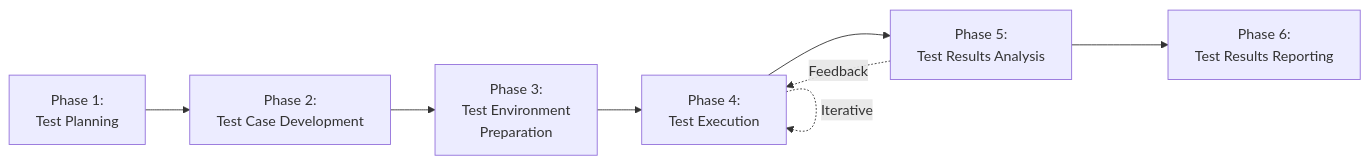
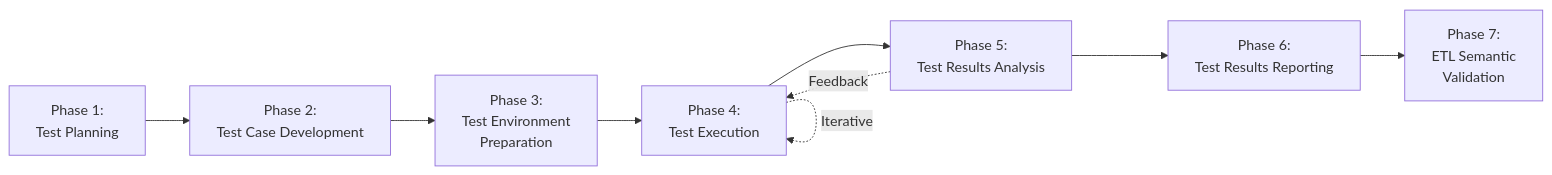
One commit to bg-playground/BGSTM changed the diagram in docs/phases/index.md. Above: the diagram before and after it, drawn with Mermaid. The commit also changed other lines of this file and 7 other files, not shown here.

Commit message:
Add ETL semantic validation phase documentation

````diff
--- a/docs/phases/index.md
+++ b/docs/phases/index.md
@@ -63,10 +72,11 @@
 ```mermaid
 graph LR
     A[Phase 1:<br>Test Planning] --> B[Phase 2:<br>Test Case Development]
     B --> C[Phase 3:<br>Test Environment<br>Preparation]
     C --> D[Phase 4:<br>Test Execution]
     D --> E[Phase 5:<br>Test Results Analysis]
     E --> F[Phase 6:<br>Test Results Reporting]
+    F --> G[Phase 7:<br>ETL Semantic<br>Validation]
     D -.Iterative.-> D
     E -.Feedback.-> D
 ```
````
